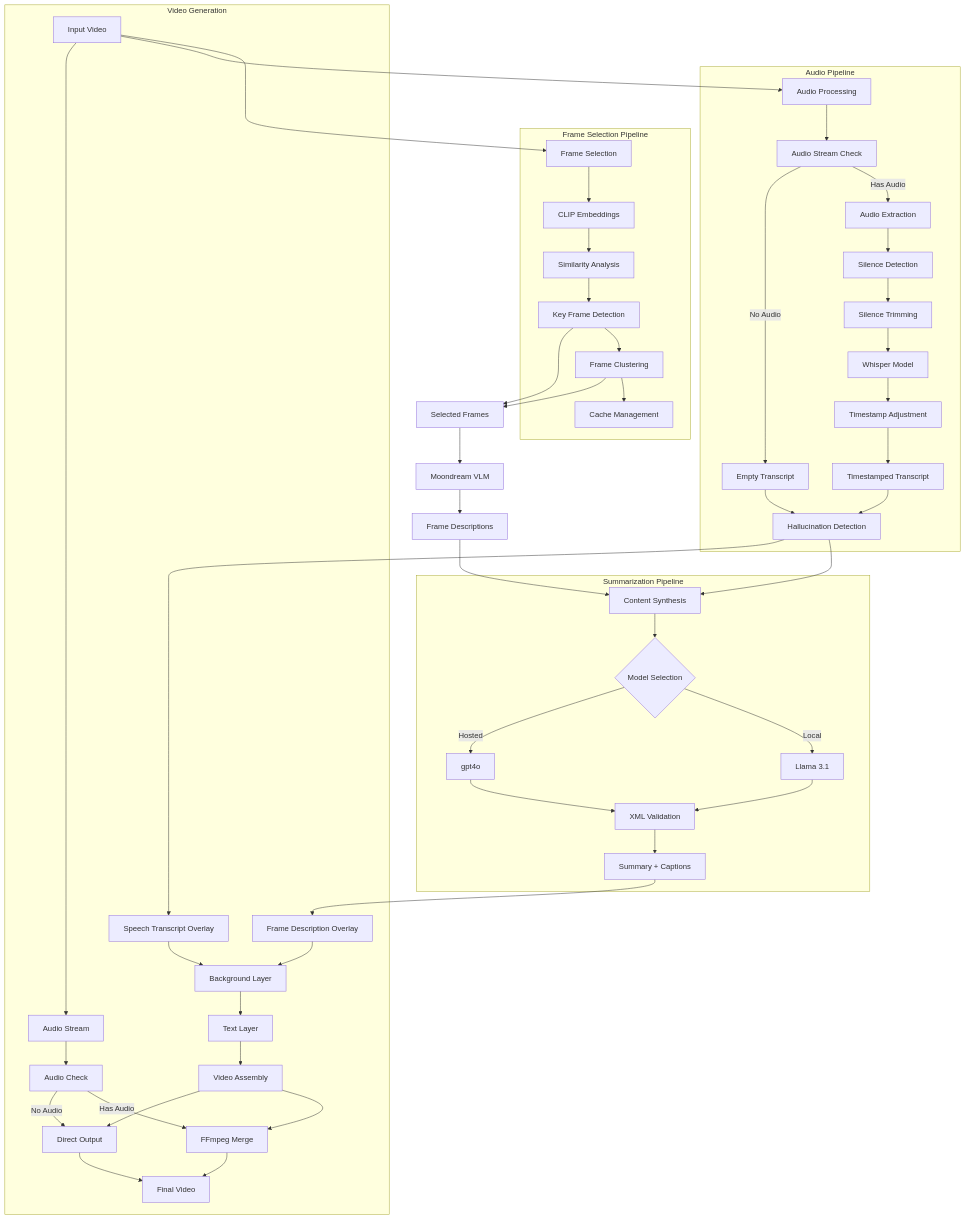
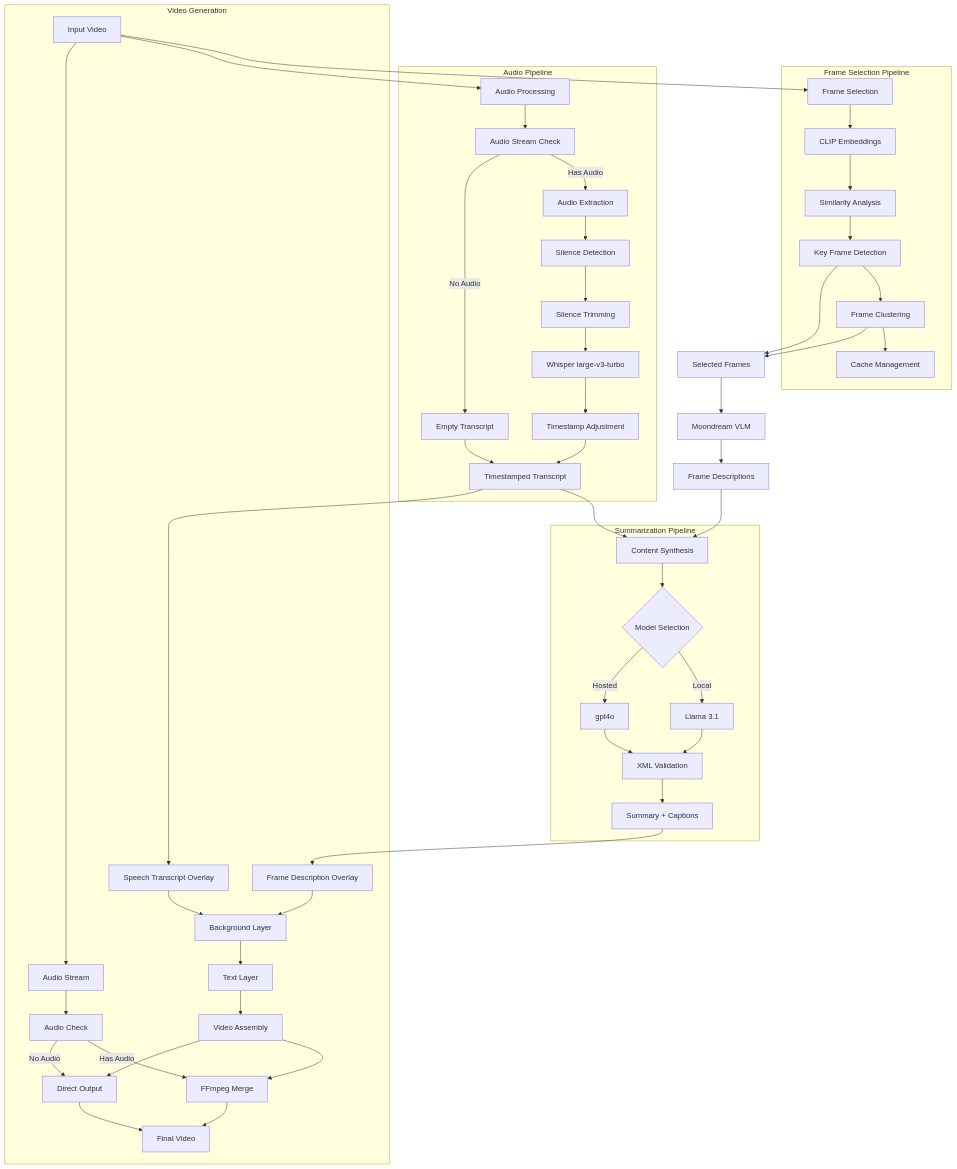
Before and after one commit to parsakhaz/video-understanding-engine: the first of 2 diagrams in README.md, drawn with Mermaid. The commit also changed other lines of this file and 2 other files, not shown here.

Commit message:
switched to transformers whisper large v3 turbo, fp16, for more accurate transcription & tuned prompts

````diff
--- a/README.md
+++ b/README.md
@@ -131,60 +134,59 @@
 ```mermaid
 graph TD
     A[Input Video] --> B[Frame Selection]
     A --> C[Audio Processing]
     
     subgraph "Frame Selection Pipeline"
     B --> D[CLIP Embeddings]
     D --> E[Similarity Analysis]
     E --> F[Key Frame Detection]
     F --> G[Frame Clustering]
     G --> H[Cache Management]
     end
     
     subgraph "Audio Pipeline"
     C --> AA[Audio Stream Check]
     AA -->|Has Audio| AE[Audio Extraction]
     AA -->|No Audio| AB[Empty Transcript]
     AE --> AF[Silence Detection]
     AF --> AG[Silence Trimming]
-    AG --> I[Whisper Model]
+    AG --> I[Whisper large-v3-turbo]
     I --> AH[Timestamp Adjustment]
     AH --> J[Timestamped Transcript]
-    J --> K[Hallucination Detection]
-    AB --> K
+    AB --> J
     end
     
     F --> L[Selected Frames]
     G --> L
     L --> M[Moondream VLM]
     M --> N[Frame Descriptions]
     
-    K --> O[Content Synthesis]
+    J --> O[Content Synthesis]
     N --> O
     
     subgraph "Summarization Pipeline"
     O --> P{Model Selection}
     P -->|Local| Q[Llama 3.1]
     P -->|Hosted| R[gpt4o]
     Q --> S[XML Validation]
     R --> S
     S --> T[Summary + Captions]
     end
     
     subgraph "Video Generation"
     T --> U[Frame Description Overlay]
-    K --> V[Speech Transcript Overlay]
+    J --> V[Speech Transcript Overlay]
     U --> AI[Background Layer]
     AI --> AJ[Text Layer]
     V --> AI
     AJ --> W[Video Assembly]
     A --> X[Audio Stream]
     X --> AC[Audio Check]
     AC -->|Has Audio| Y[FFmpeg Merge]
     AC -->|No Audio| AD[Direct Output]
     W --> Y
     W --> AD
     Y --> AK[Final Video]
     AD --> AK
     end
 ```
````
